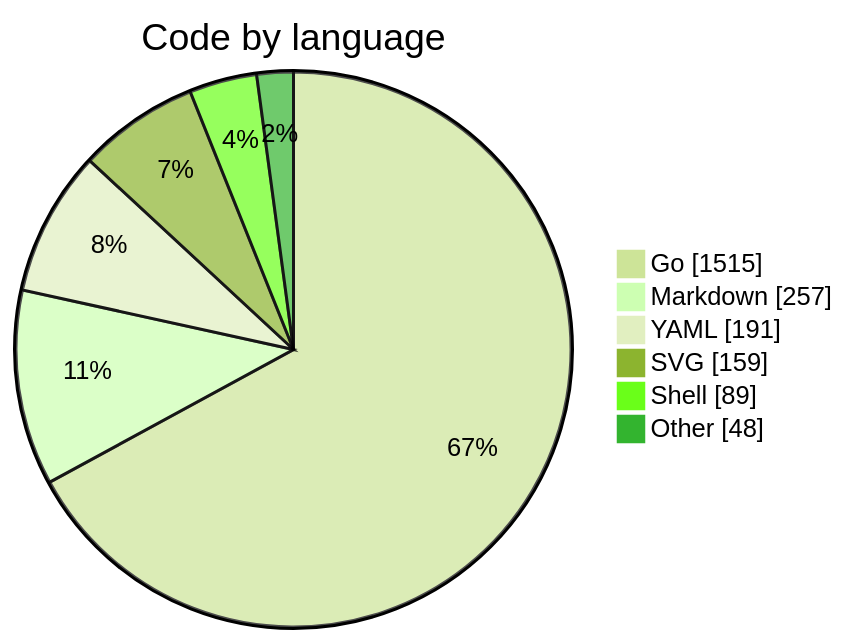
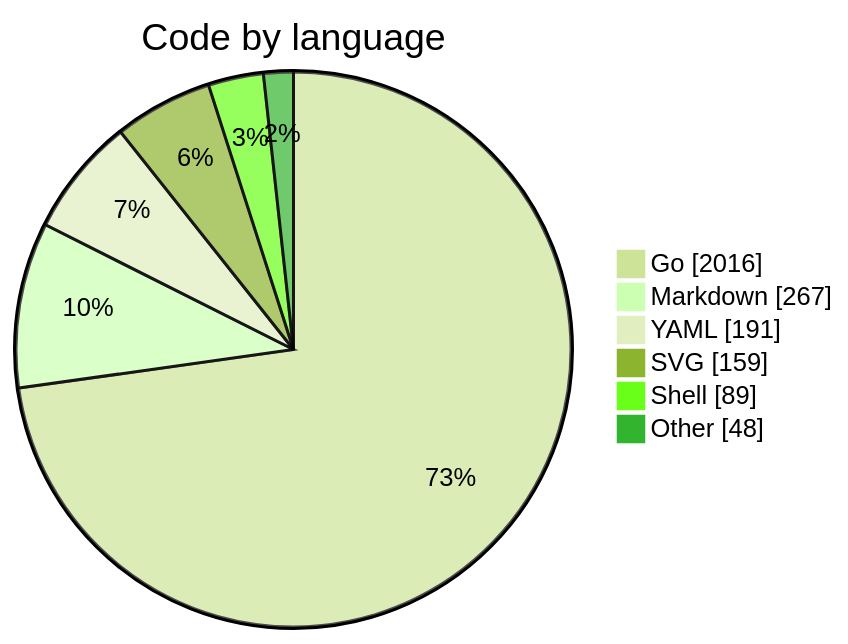
The diagram in README.md (binRick/pal), drawn with Mermaid (forest theme) before and after one commit. The commit also changed other lines of this file and 4 other files, not shown here.

````diff
--- a/README.md
+++ b/README.md
@@ -311,10 +320,10 @@
 ```mermaid
 pie showData
     title Code by language
-    "Go" : 1515
-    "Markdown" : 257
+    "Go" : 2016
+    "Markdown" : 267
     "YAML" : 191
     "SVG" : 159
     "Shell" : 89
     "Other" : 48
 ```
````
